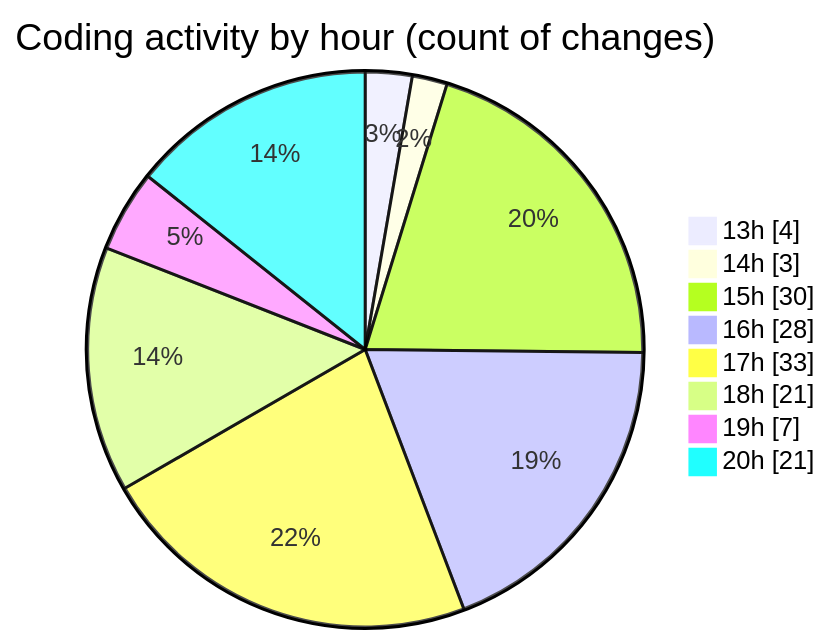
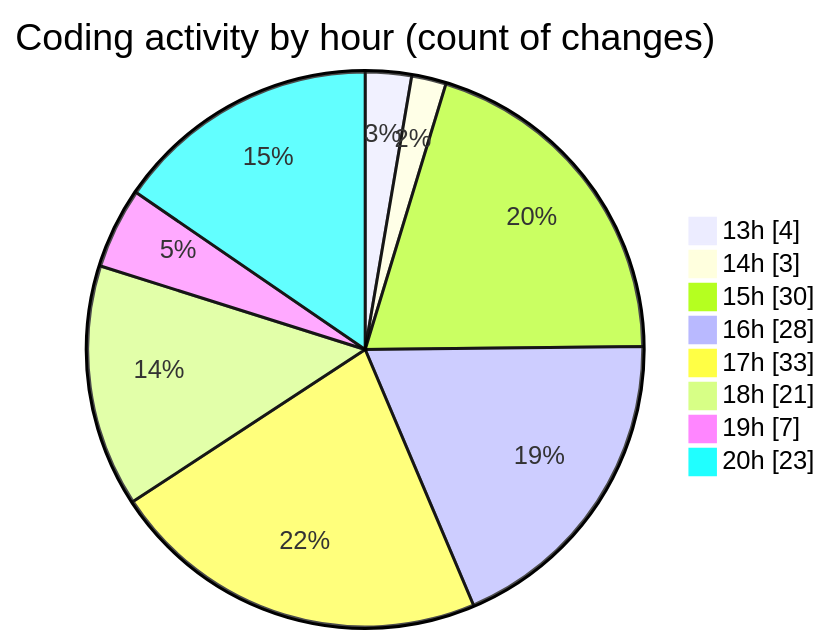
The second of 2 diagrams in 2025-08-11/ribbon/README.md (EIIisD/code-tracking), drawn with Mermaid before and after one commit. The commit also changed other lines of this file and 1 other file, not shown here.

````diff
--- a/2025-08-11/ribbon/README.md
+++ b/2025-08-11/ribbon/README.md
@@ -52,12 +52,12 @@
 ```mermaid
 pie showData
 title Coding activity by hour (count of changes)
 "13h" : 4
 "14h" : 3
 "15h" : 30
 "16h" : 28
 "17h" : 33
 "18h" : 21
 "19h" : 7
-"20h" : 21
+"20h" : 23
 ```
````
